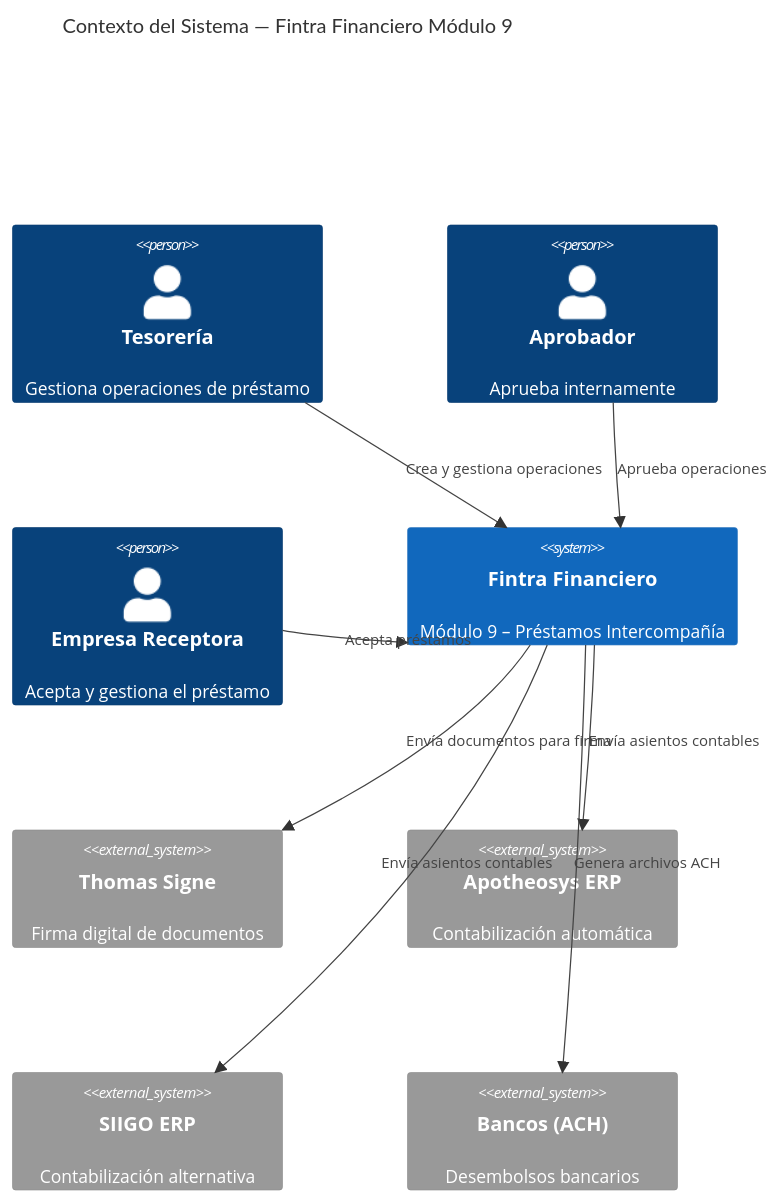
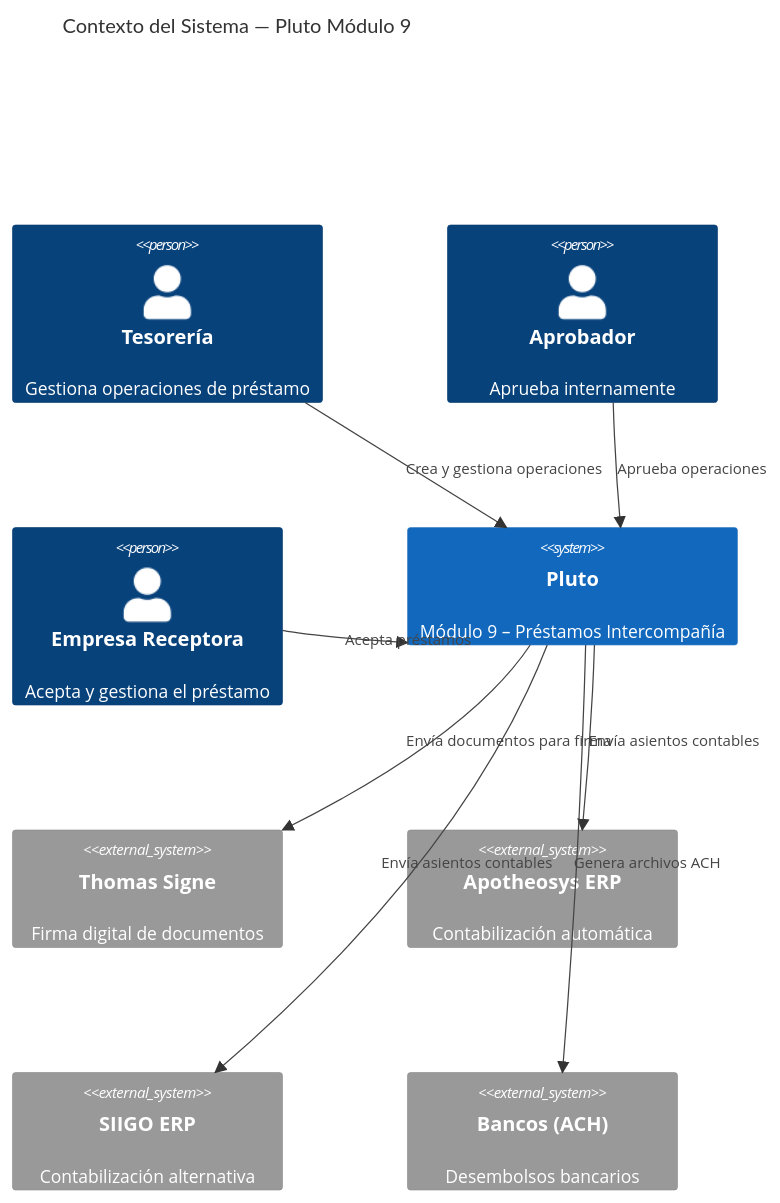
Before and after one commit to IngMartinezVillaD/fintra-financiero-backend: the first of 2 diagrams in docs/architecture/01-vision.md, drawn with Mermaid. The commit also changed 209 other files, not shown here.

First line of the commit message:
chore: eliminar paquete co.fintra.financiero y actualizar infra

````diff
--- a/docs/architecture/01-vision.md
+++ b/docs/architecture/01-vision.md
@@ -9,23 +9,23 @@
 ```mermaid
 C4Context
-  title Contexto del Sistema — Fintra Financiero Módulo 9
+  title Contexto del Sistema — Pluto Módulo 9
 
   Person(tesoreria, "Tesorería", "Gestiona operaciones de préstamo")
   Person(aprobador, "Aprobador", "Aprueba internamente")
   Person(empresa, "Empresa Receptora", "Acepta y gestiona el préstamo")
 
-  System(fintra, "Fintra Financiero", "Módulo 9 – Préstamos Intercompañía")
+  System(pluto, "Pluto", "Módulo 9 – Préstamos Intercompañía")
 
   System_Ext(thomas, "Thomas Signe", "Firma digital de documentos")
   System_Ext(apotheosys, "Apotheosys ERP", "Contabilización automática")
   System_Ext(siigo, "SIIGO ERP", "Contabilización alternativa")
   System_Ext(bancos, "Bancos (ACH)", "Desembolsos bancarios")
 
-  Rel(tesoreria, fintra, "Crea y gestiona operaciones")
-  Rel(aprobador, fintra, "Aprueba operaciones")
-  Rel(empresa, fintra, "Acepta préstamos")
-  Rel(fintra, thomas, "Envía documentos para firma")
-  Rel(fintra, apotheosys, "Envía asientos contables")
-  Rel(fintra, siigo, "Envía asientos contables")
-  Rel(fintra, bancos, "Genera archivos ACH")
+  Rel(tesoreria, pluto, "Crea y gestiona operaciones")
+  Rel(aprobador, pluto, "Aprueba operaciones")
+  Rel(empresa, pluto, "Acepta préstamos")
+  Rel(pluto, thomas, "Envía documentos para firma")
+  Rel(pluto, apotheosys, "Envía asientos contables")
+  Rel(pluto, siigo, "Envía asientos contables")
+  Rel(pluto, bancos, "Genera archivos ACH")
 ```
````
